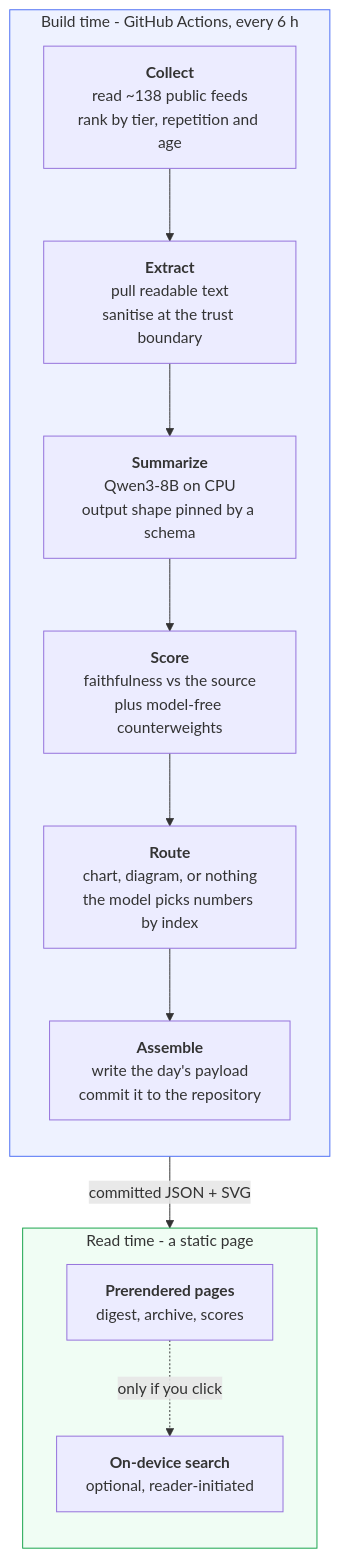
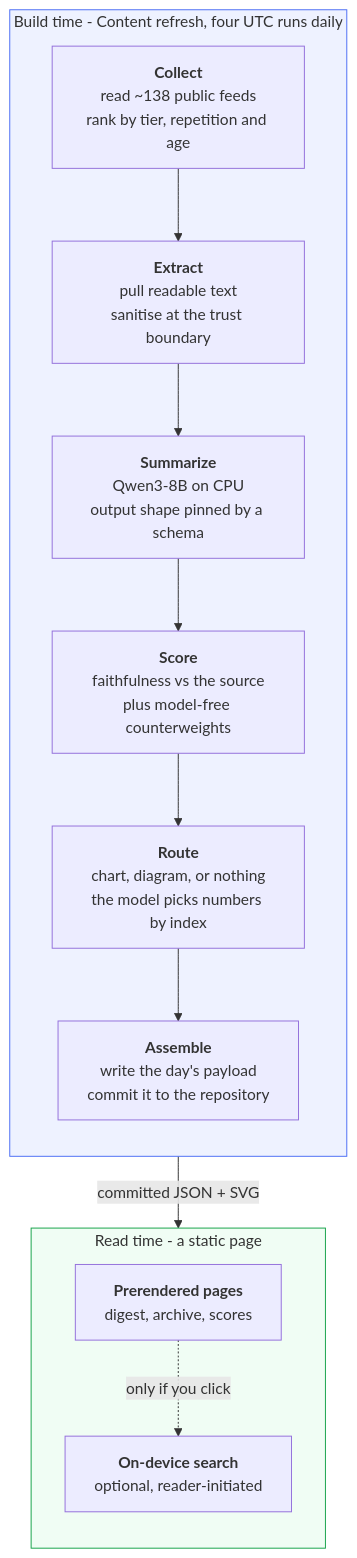
One commit to miztiik/yen-idhazh changed the diagram in README.md. Above: the diagram before and after it, drawn with Mermaid. The commit also changed other lines of this file and 16 other files, not shown here.

````diff
--- a/README.md
+++ b/README.md
@@ -40,25 +40,25 @@
 ```mermaid
 flowchart TD
-    subgraph build["Build time - GitHub Actions, every 6 h"]
+    subgraph build["Build time - Content refresh, four UTC runs daily"]
         direction TB
         A["<b>Collect</b><br/>read ~138 public feeds<br/>rank by tier, repetition and age"]
         B["<b>Extract</b><br/>pull readable text<br/>sanitise at the trust boundary"]
         C["<b>Summarize</b><br/>Qwen3-8B on CPU<br/>output shape pinned by a schema"]
         D["<b>Score</b><br/>faithfulness vs the source<br/>plus model-free counterweights"]
         E["<b>Route</b><br/>chart, diagram, or nothing<br/>the model picks numbers by index"]
         F["<b>Assemble</b><br/>write the day's payload<br/>commit it to the repository"]
         A --> B --> C --> D --> E --> F
     end
 
     F -->|"committed JSON + SVG"| G
 
     subgraph read["Read time - a static page"]
         direction TB
         G["<b>Prerendered pages</b><br/>digest, archive, scores"]
         H["<b>On-device search</b><br/>optional, reader-initiated"]
         G -.->|"only if you click"| H
     end
 
     style build fill:#eef2ff,stroke:#4c6ef5
     style read fill:#f0fdf4,stroke:#16a34a
 ```
````
